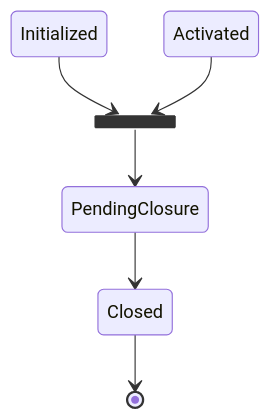
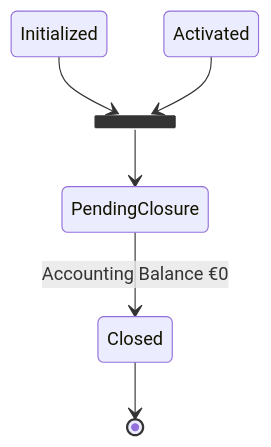
The first of 5 diagrams in docs/usecases/accounts/AccountClosure-v2.md (pomme-clic/s-money-documentation), drawn with Mermaid before and after one commit.

````diff
--- a/docs/usecases/accounts/AccountClosure-v2.md
+++ b/docs/usecases/accounts/AccountClosure-v2.md
@@ -18,11 +18,11 @@
 ```mermaid
 stateDiagram
 
 state fork_state <<fork>>
 Initialized	--> fork_state
 Activated --> fork_state
 
 fork_state --> PendingClosure
-PendingClosure --> Closed
+PendingClosure --> Closed: Accounting Balance €0
 Closed --> [*]
 ```
````
